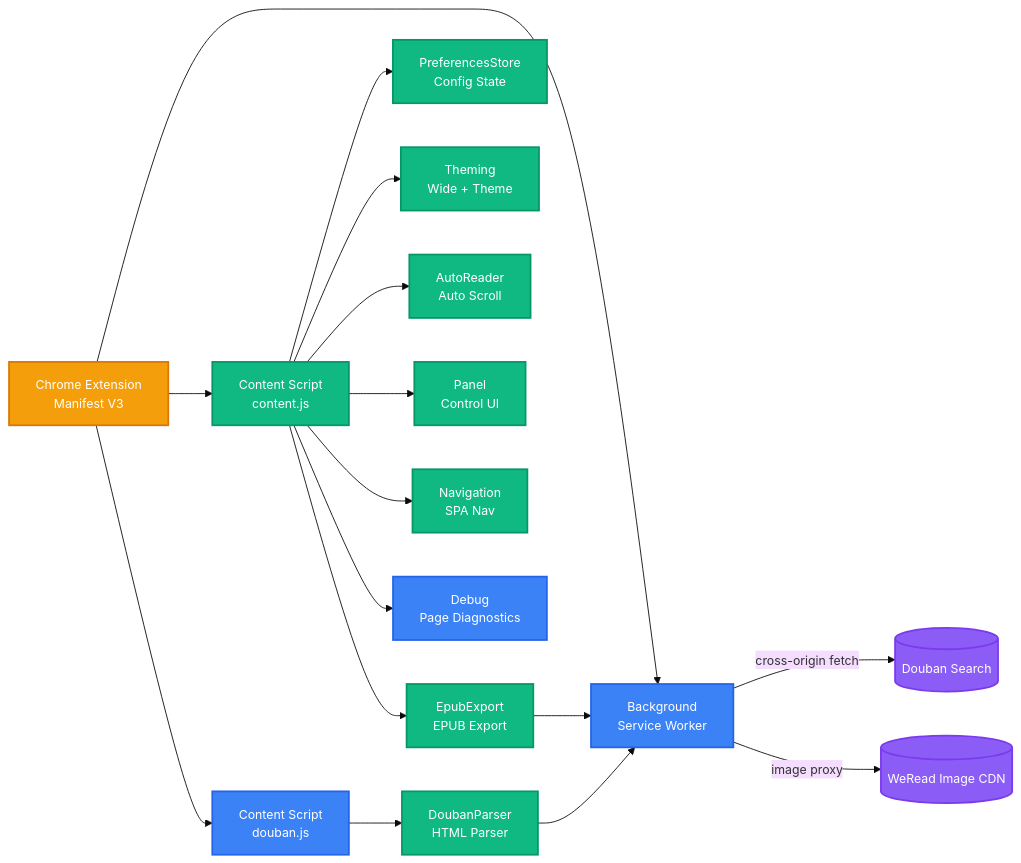
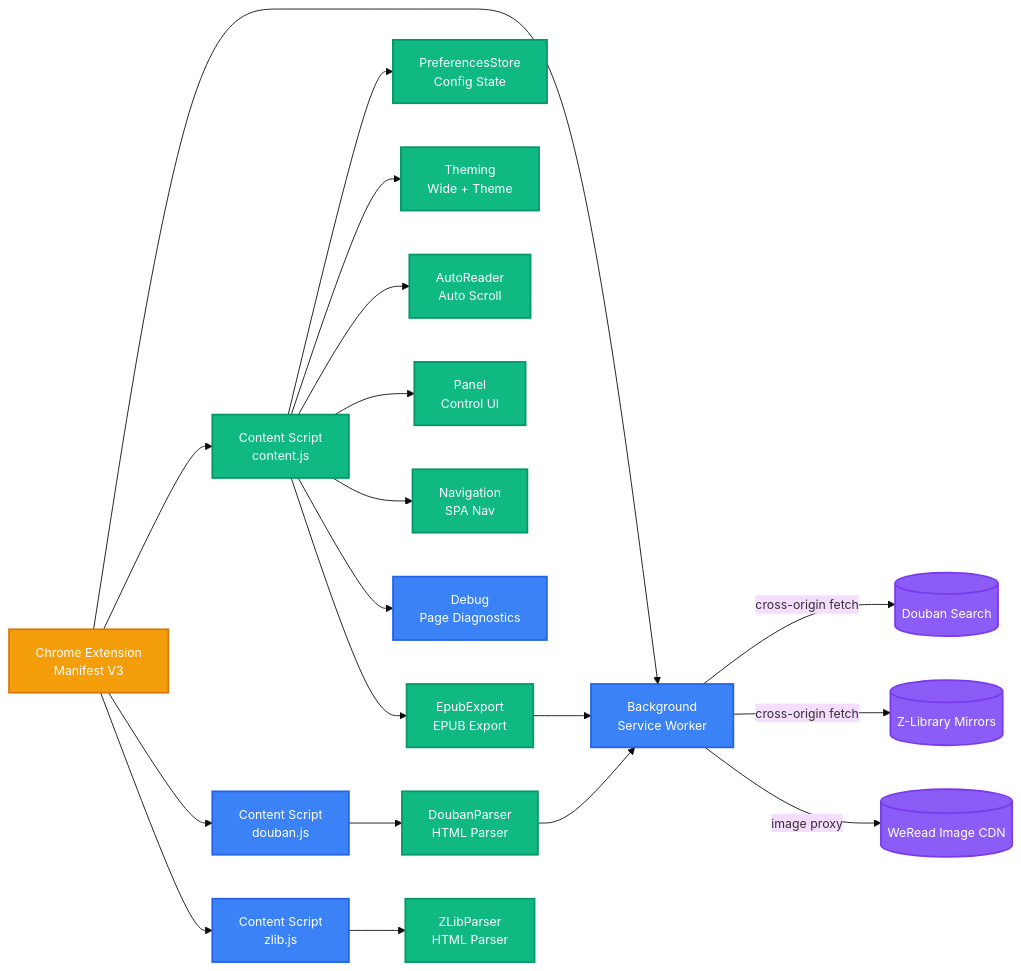
The diagram in README-en.md (EwenYoung/weread-plus), drawn with Mermaid before and after one commit. The commit also changed other lines of this file and 9 other files, not shown here.

````diff
--- a/README-en.md
+++ b/README-en.md
@@ -93,29 +98,32 @@
 ```mermaid
 %%{init: {'theme': 'base', 'themeVariables': {'fontSize': '14px'}}}%%
 graph LR
     A[Chrome Extension<br/>Manifest V3] --> B[Background<br/>Service Worker]
     A --> C[Content Script<br/>content.js]
     A --> D[Content Script<br/>douban.js]
+    A --> P[Content Script<br/>zlib.js]
     C --> E[PreferencesStore<br/>Config State]
     C --> F[Theming<br/>Wide + Theme]
     C --> G[AutoReader<br/>Auto Scroll]
     C --> H[Panel<br/>Control UI]
     C --> I[Navigation<br/>SPA Nav]
     C --> J[Debug<br/>Page Diagnostics]
     D --> K[DoubanParser<br/>HTML Parser]
+    P --> Z[ZLibParser<br/>HTML Parser]
     C --> M[EpubExport<br/>EPUB Export]
     K --> B
     M --> B
     B -- cross-origin fetch --> L[(Douban Search)]
+    B -- cross-origin fetch --> ZL[(Z-Library Mirrors)]
     B -- image proxy --> N[(WeRead Image CDN)]
 
     classDef client fill:#3B82F6,stroke:#2563EB,color:#fff,stroke-width:2px
     classDef service fill:#10B981,stroke:#059669,color:#fff,stroke-width:2px
     classDef data fill:#8B5CF6,stroke:#7C3AED,color:#fff,stroke-width:2px
     classDef gateway fill:#F59E0B,stroke:#D97706,color:#fff,stroke-width:2px
 
     class A gateway
-    class B,D,J client
-    class C,E,F,G,H,I,K,M service
-    class L,N data
+    class B,D,J,P client
+    class C,E,F,G,H,I,K,M,Z service
+    class L,N,ZL data
 ```
````
